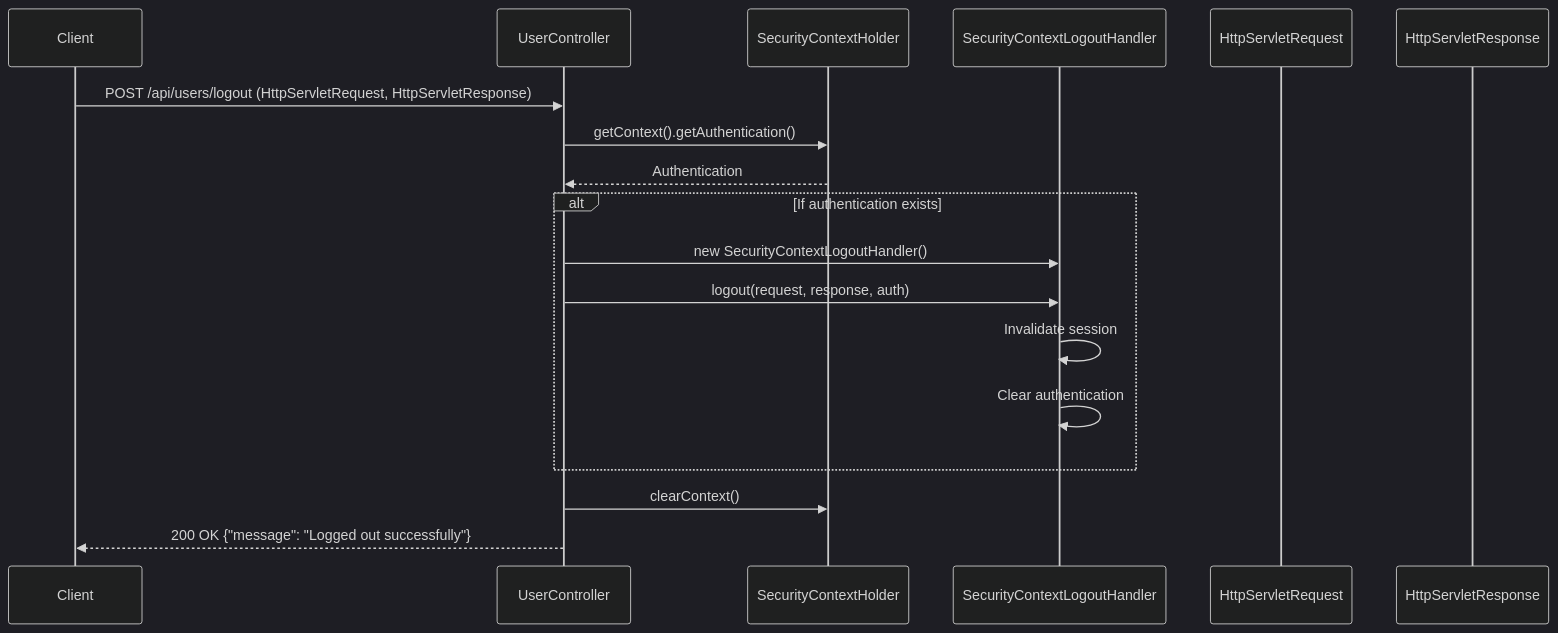
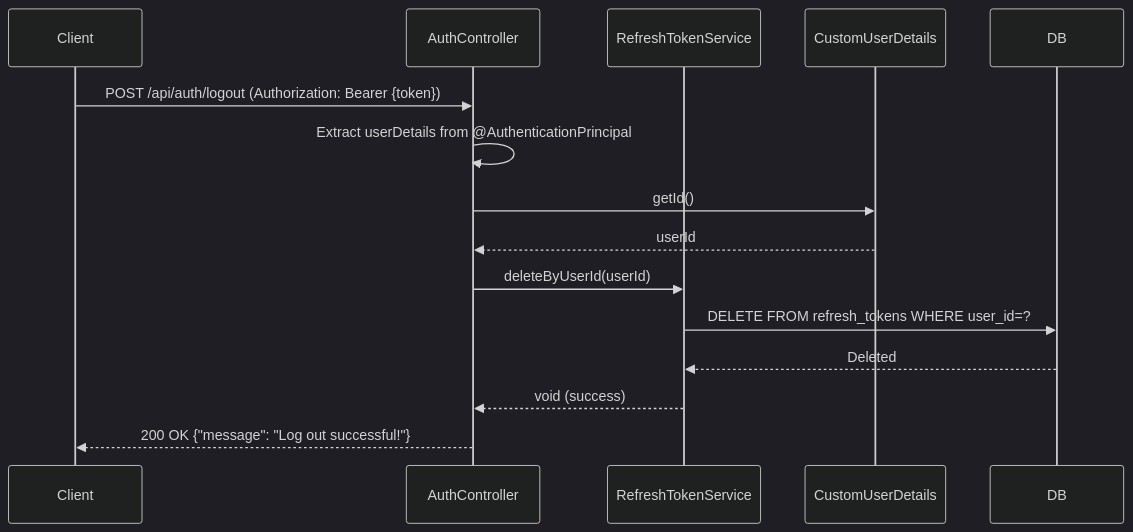
One commit to rororo33/game-s-cord changed the diagram in SDS/sequenceDiagram/userSystemSequenceDiagram/logoutSequenceDiagram.md. Above: the diagram before and after it, drawn with Mermaid (dark theme). The commit also changed other lines of this file and 10 other files, not shown here.

Commit message:
feat : 추가된 기능 및 변경된 기능에 대한 Sequence Diagram 업데이트

````diff
--- a/SDS/sequenceDiagram/userSystemSequenceDiagram/logoutSequenceDiagram.md
+++ b/SDS/sequenceDiagram/userSystemSequenceDiagram/logoutSequenceDiagram.md
@@ -3,25 +3,22 @@
 ```mermaid
 sequenceDiagram
-participant Client
-participant Controller as UserController
-participant SecurityCtx as SecurityContextHolder
-participant LogoutHandler as SecurityContextLogoutHandler
-participant Request as HttpServletRequest
-participant Response as HttpServletResponse
+    participant Client
+    participant Controller as AuthController
+    participant Service as RefreshTokenService
+    participant UserDetails as CustomUserDetails
+    participant DB
 
-    Client->>Controller: POST /api/users/logout (HttpServletRequest, HttpServletResponse)
-    
-    Controller->>SecurityCtx: getContext().getAuthentication()
-    SecurityCtx-->>Controller: Authentication
-    
-    alt If authentication exists
-        Controller->>LogoutHandler: new SecurityContextLogoutHandler()
-        Controller->>LogoutHandler: logout(request, response, auth)
-        LogoutHandler->>LogoutHandler: Invalidate session
-        LogoutHandler->>LogoutHandler: Clear authentication
-    end
-    
-    Controller->>SecurityCtx: clearContext()
-    
-    Controller-->>Client: 200 OK {"message": "Logged out successfully"}
+    Client->>Controller: POST /api/auth/logout (Authorization: Bearer {token})
+    Controller->>Controller: Extract userDetails from @AuthenticationPrincipal
+
+    Controller->>UserDetails: getId()
+    UserDetails-->>Controller: userId
+
+    Controller->>Service: deleteByUserId(userId)
+    Service->>DB: DELETE FROM refresh_tokens WHERE user_id=?
+    DB-->>Service: Deleted
+
+    Service-->>Controller: void (success)
+
+    Controller-->>Client: 200 OK {"message": "Log out successful!"}
 ```
````
